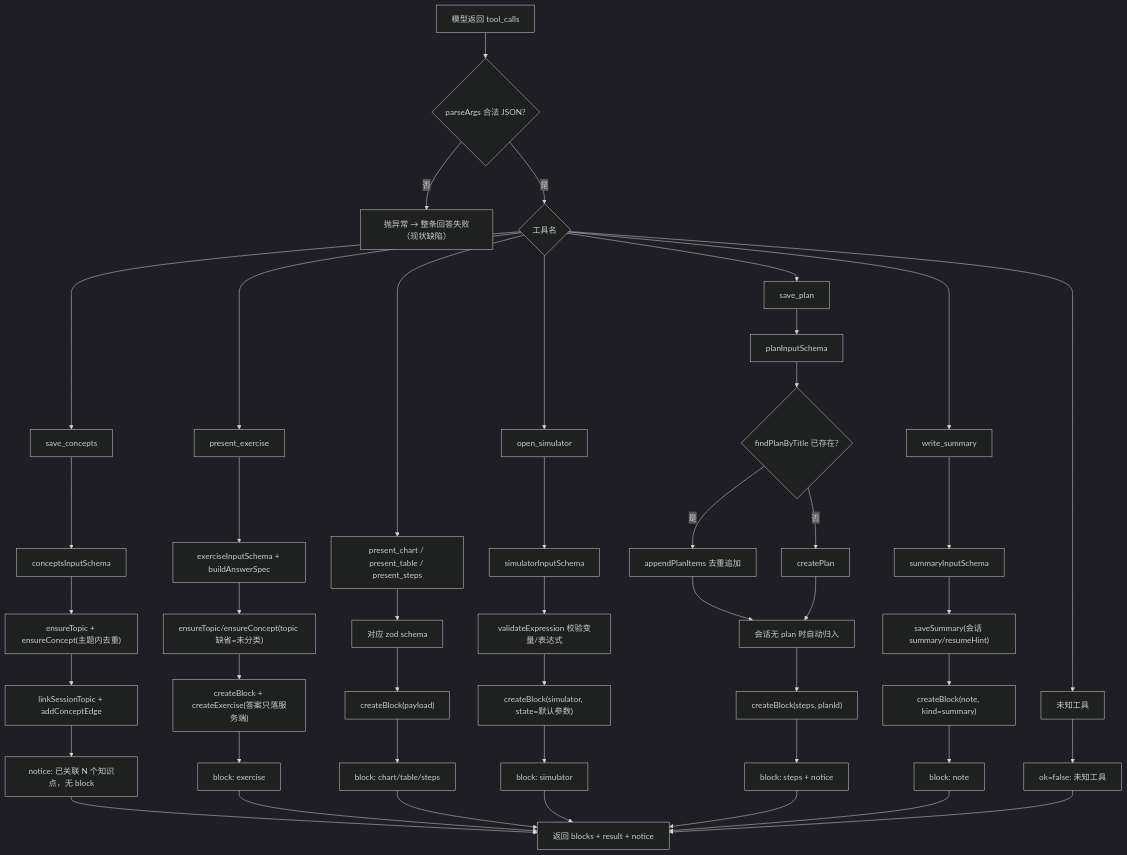
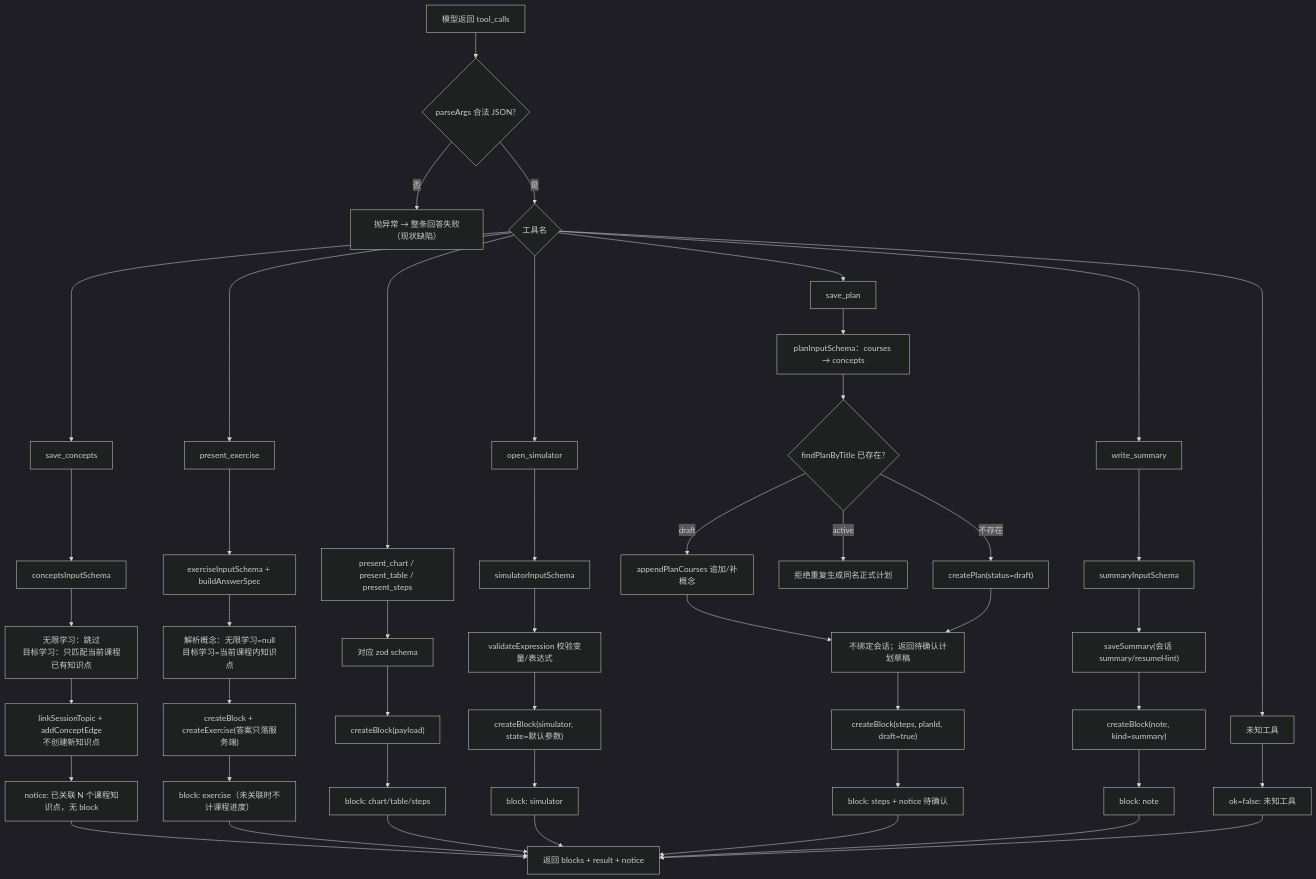
The fourth of 23 diagrams in docs/WORKFLOWS.md (luoyy12315-sys/my-first-repo), drawn with Mermaid (dark theme) before and after one commit. The commit also changed other lines of this file and 325 other files, not shown here.

````diff
--- a/docs/WORKFLOWS.md
+++ b/docs/WORKFLOWS.md
@@ -368,49 +372,50 @@
 ```mermaid
 flowchart TD
   Start["模型返回 tool_calls"] --> Parse{"parseArgs 合法 JSON?"}
   Parse -- 否 --> Throw["抛异常 → 整条回答失败（现状缺陷）"]
   Parse -- 是 --> Switch{"工具名"}
 
   Switch --> T1["save_concepts"]
   T1 --> T1a["conceptsInputSchema"]
-  T1a --> T1b["ensureTopic + ensureConcept(主题内去重)"]
-  T1b --> T1c["linkSessionTopic + addConceptEdge"]
-  T1c --> R1["notice: 已关联 N 个知识点，无 block"]
+  T1a --> T1b["无限学习：跳过<br/>目标学习：只匹配当前课程已有知识点"]
+  T1b --> T1c["linkSessionTopic + addConceptEdge<br/>不创建新知识点"]
+  T1c --> R1["notice: 已关联 N 个课程知识点，无 block"]
 
   Switch --> T2["present_exercise"]
   T2 --> T2a["exerciseInputSchema + buildAnswerSpec"]
-  T2a --> T2b["ensureTopic/ensureConcept(topic 缺省=未分类)"]
+  T2a --> T2b["解析概念：无限学习=null<br/>目标学习=当前课程内知识点"]
   T2b --> T2c["createBlock + createExercise(答案只落服务端)"]
-  T2c --> R2["block: exercise"]
+  T2c --> R2["block: exercise（未关联时不计课程进度）"]
 
   Switch --> T3["present_chart / present_table / present_steps"]
   T3 --> T3a["对应 zod schema"]
   T3a --> T3b["createBlock(payload)"]
   T3b --> R3["block: chart/table/steps"]
 
   Switch --> T4["open_simulator"]
   T4 --> T4a["simulatorInputSchema"]
   T4a --> T4b["validateExpression 校验变量/表达式"]
   T4b --> T4c["createBlock(simulator, state=默认参数)"]
   T4c --> R4["block: simulator"]
 
   Switch --> T5["save_plan"]
-  T5 --> T5a["planInputSchema"]
+  T5 --> T5a["planInputSchema：courses → concepts"]
   T5a --> T5b{"findPlanByTitle 已存在?"}
-  T5b -- 是 --> T5c["appendPlanItems 去重追加"]
-  T5b -- 否 --> T5d["createPlan"]
-  T5c & T5d --> T5e["会话无 plan 时自动归入"]
-  T5e --> T5f["createBlock(steps, planId)"]
-  T5f --> R5["block: steps + notice"]
+  T5b -- "draft" --> T5c["appendPlanCourses 追加/补概念"]
+  T5b -- "active" --> T5c2["拒绝重复生成同名正式计划"]
+  T5b -- "不存在" --> T5d["createPlan(status=draft)"]
+  T5c & T5d --> T5e["不绑定会话；返回待确认计划草稿"]
+  T5e --> T5f["createBlock(steps, planId, draft=true)"]
+  T5f --> R5["block: steps + notice 待确认"]
 
   Switch --> T6["write_summary"]
   T6 --> T6a["summaryInputSchema"]
   T6a --> T6b["saveSummary(会话 summary/resumeHint)"]
   T6b --> T6c["createBlock(note, kind=summary)"]
   T6c --> R6["block: note"]
 
   Switch --> T7["未知工具"]
   T7 --> R7["ok=false: 未知工具"]
 
   R1 & R2 & R3 & R4 & R5 & R6 & R7 --> End["返回 blocks + result + notice"]
 ```
````
